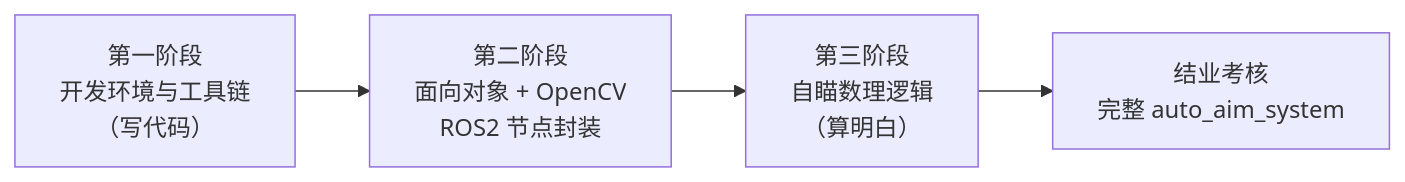
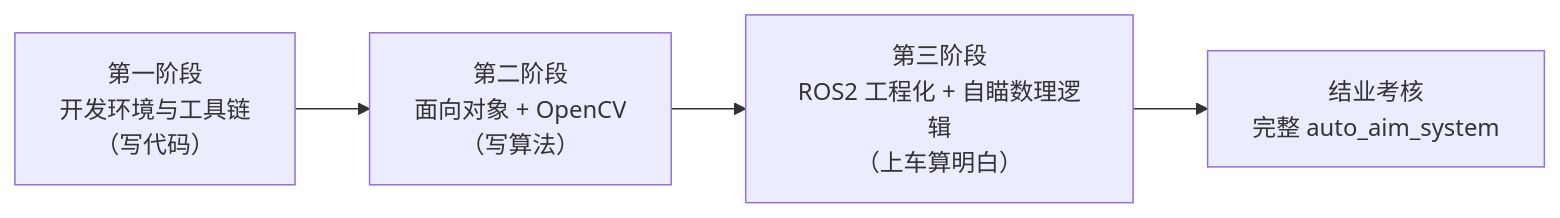
The first of 2 diagrams in Readme.md (SPR-Algorithm/SPR_Vision_Tutorial_27), drawn with Mermaid before and after one commit. The commit also changed other lines of this file and 6 other files, not shown here.

````diff
--- a/Readme.md
+++ b/Readme.md
@@ -45,6 +45,6 @@
 ```mermaid
 flowchart LR
-    A["第一阶段<br/>开发环境与工具链<br/>（写代码）"] --> B["第二阶段<br/>面向对象 + OpenCV<br/>ROS2 节点封装"]
-    B --> C["第三阶段<br/>自瞄数理逻辑<br/>（算明白）"]
+    A["第一阶段<br/>开发环境与工具链<br/>（写代码）"] --> B["第二阶段<br/>面向对象 + OpenCV<br/>（写算法）"]
+    B --> C["第三阶段<br/>ROS2 工程化 + 自瞄数理逻辑<br/>（上车算明白）"]
     C --> D["结业考核<br/>完整 auto_aim_system"]
 ```
````
